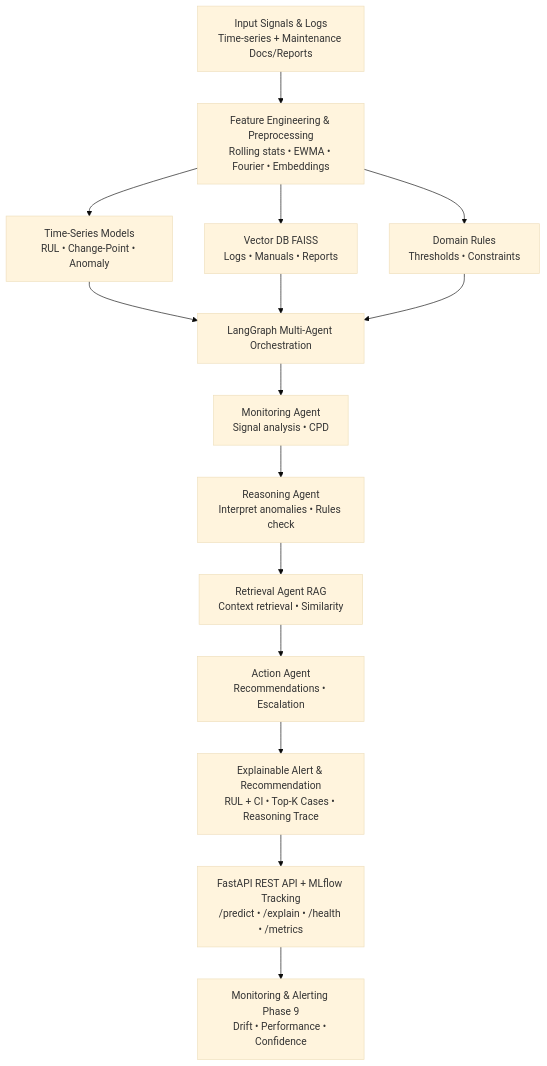
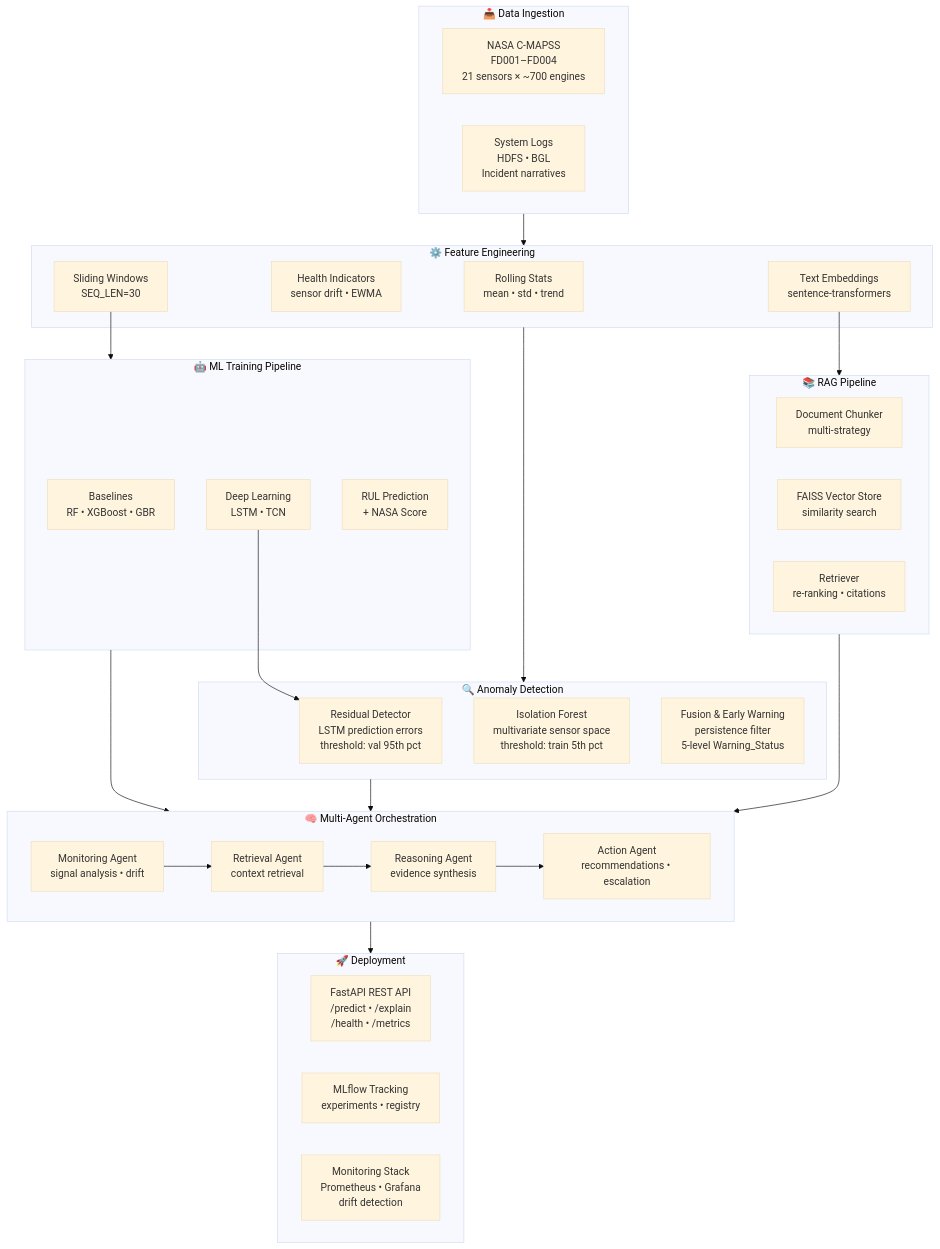
Before and after one commit to singh7985/Agentic-Early-Warning-Intelligence-System-for-Silent-System-Failures: the diagram in README.md, drawn with Mermaid (base theme). The commit also changed other lines of this file and 74 other files, not shown here.

First line of the commit message:
Update: docs, notebooks, features, anomaly detection, RAG pipeline

````diff
--- a/README.md
+++ b/README.md
@@ -119,37 +131,56 @@
 ```mermaid
 flowchart TD
-      A["Input Signals & Logs<br>Time-series + Maintenance Docs/Reports"]
-      B["Feature Engineering & Preprocessing<br>Rolling stats • EWMA • Fourier • Embeddings"]
+    subgraph INPUT["📥 Data Ingestion"]
+        A1["NASA C-MAPSS<br>FD001–FD004<br>21 sensors × ~700 engines"]
+        A2["System Logs<br>HDFS • BGL<br>Incident narratives"]
+    end
 
-      C1["Time-Series Models<br>RUL • Change-Point • Anomaly"]
-      C2["Vector DB FAISS<br>Logs • Manuals • Reports"]
-      C3["Domain Rules<br>Thresholds • Constraints"]
+    subgraph FE["⚙️ Feature Engineering"]
+        B1["Rolling Stats<br>mean • std • trend"]
+        B2["Health Indicators<br>sensor drift • EWMA"]
+        B3["Sliding Windows<br>SEQ_LEN=30"]
+        B4["Text Embeddings<br>sentence-transformers"]
+    end
 
-      D["LangGraph Multi-Agent Orchestration"]
-      D1["Monitoring Agent<br>Signal analysis • CPD"]
-      D2["Reasoning Agent<br>Interpret anomalies • Rules check"]
-      D3["Retrieval Agent RAG<br>Context retrieval • Similarity"]
-      D4["Action Agent<br>Recommendations • Escalation"]
+    subgraph ML["🤖 ML Training Pipeline"]
+        C1["Baselines<br>RF • XGBoost • GBR"]
+        C2["Deep Learning<br>LSTM • TCN"]
+        C3["RUL Prediction<br>+ NASA Score"]
+    end
 
-      E["Explainable Alert & Recommendation<br>RUL + CI • Top-K Cases • Reasoning Trace"]
-      F["FastAPI REST API + MLflow Tracking<br>/predict • /explain • /health • /metrics"]
-      G["Monitoring & Alerting Phase 9<br>Drift • Performance • Confidence"]
+    subgraph AD["🔍 Anomaly Detection"]
+        D1["Residual Detector<br>LSTM prediction errors<br>threshold: val 95th pct"]
+        D2["Isolation Forest<br>multivariate sensor space<br>threshold: train 5th pct"]
+        D3["Fusion & Early Warning<br>persistence filter<br>5-level Warning_Status"]
+    end
 
-      A --> B
-      B --> C1
-      
-      B --> C2
-      C1 --> D
-      C2 --> D
-      
-      B --> C3
-      C3 --> D
+    subgraph RAG["📚 RAG Pipeline"]
+        E1["Document Chunker<br>multi-strategy"]
+        E2["FAISS Vector Store<br>similarity search"]
+        E3["Retriever<br>re-ranking • citations"]
+    end
 
-      D --> D1
-      D1 --> D2
-      D2 --> D3
-      D3 --> D4
-      D4 --> E
-      E --> F
-      F --> G
+    subgraph AGENTS["🧠 Multi-Agent Orchestration"]
+        F1["Monitoring Agent<br>signal analysis • drift"]
+        F2["Retrieval Agent<br>context retrieval"]
+        F3["Reasoning Agent<br>evidence synthesis"]
+        F4["Action Agent<br>recommendations • escalation"]
+    end
+
+    subgraph DEPLOY["🚀 Deployment"]
+        G1["FastAPI REST API<br>/predict • /explain<br>/health • /metrics"]
+        G2["MLflow Tracking<br>experiments • registry"]
+        G3["Monitoring Stack<br>Prometheus • Grafana<br>drift detection"]
+    end
+
+    INPUT --> FE
+    B3 --> ML
+    B4 --> RAG
+    FE --> AD
+    C2 --> D1
+    ML --> AGENTS
+    AD --> AGENTS
+    RAG --> AGENTS
+    F1 --> F2 --> F3 --> F4
+    AGENTS --> DEPLOY
 ```
````
